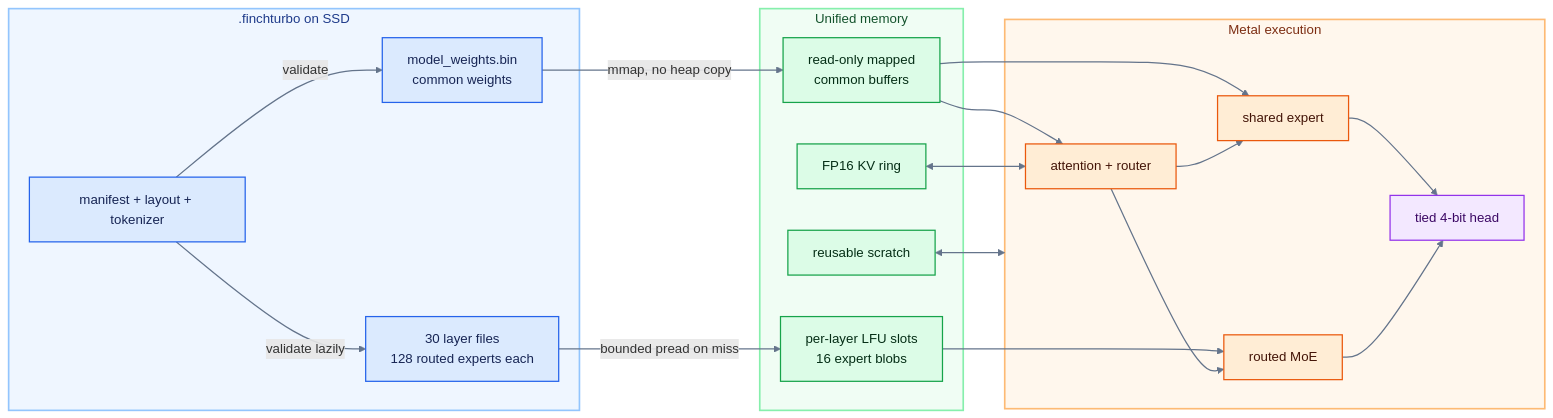
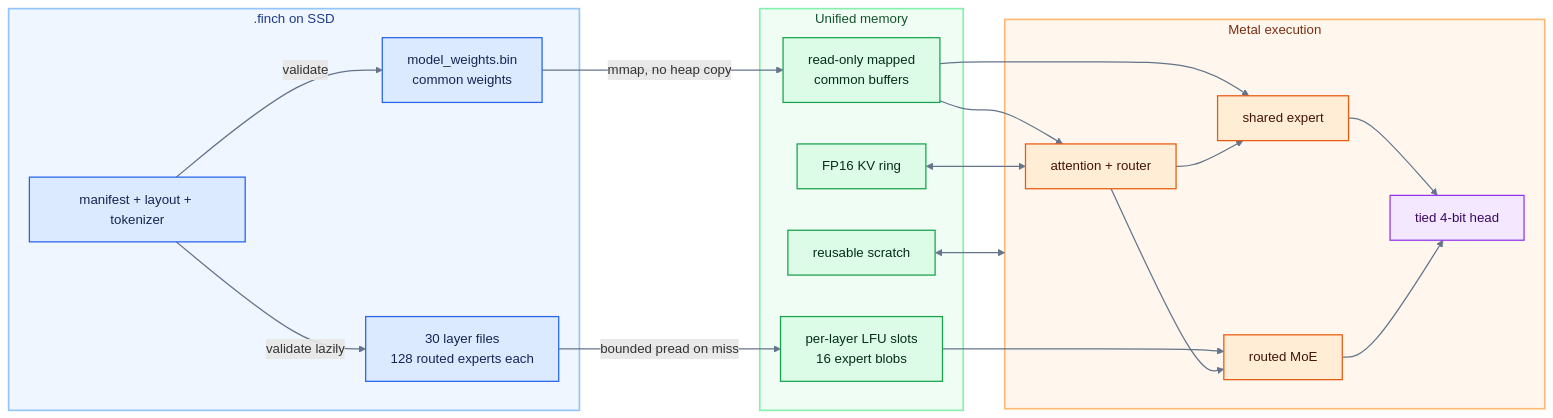
The first of 2 diagrams in docs/SYSTEM_DESIGN.md (haihengh/finchMoE), drawn with Mermaid before and after one commit. The commit also changed other lines of this file and 76 other files, not shown here.

First line of the commit message:
Rename on-disk model format from .finchturbo to .finch

````diff
--- a/docs/SYSTEM_DESIGN.md
+++ b/docs/SYSTEM_DESIGN.md
@@ -198,50 +198,50 @@
 ```mermaid
 flowchart LR
-    subgraph Disk[".finchturbo on SSD"]
+    subgraph Disk[".finch on SSD"]
         MW["model_weights.bin\ncommon weights"]
         LF["30 layer files\n128 routed experts each"]
         MF["manifest + layout + tokenizer"]
     end
 
     subgraph Memory["Unified memory"]
         RB["read-only mapped\ncommon buffers"]
         EC["per-layer LFU slots\n16 expert blobs"]
         KV["FP16 KV ring"]
         WS["reusable scratch"]
     end
 
     subgraph GPU["Metal execution"]
         AT["attention + router"]
         SE["shared expert"]
         RE["routed MoE"]
         HD["tied 4-bit head"]
     end
 
     MF -->|validate| MW
     MF -->|validate lazily| LF
     MW -->|mmap, no heap copy| RB
     LF -->|bounded pread on miss| EC
     RB --> AT
     RB --> SE
     EC --> RE
     KV <--> AT
     WS <--> GPU
     AT --> SE
     AT --> RE
     SE --> HD
     RE --> HD
 
     classDef disk fill:#DBEAFE,stroke:#2563EB,color:#172554,stroke-width:1.5px;
     classDef memory fill:#DCFCE7,stroke:#16A34A,color:#052E16,stroke-width:1.5px;
     classDef compute fill:#FFEDD5,stroke:#EA580C,color:#431407,stroke-width:1.5px;
     classDef output fill:#F3E8FF,stroke:#9333EA,color:#3B0764,stroke-width:1.5px;
     class MF,MW,LF disk;
     class RB,KV,EC,WS memory;
     class AT,SE,RE compute;
     class HD output;
 
     style Disk fill:#EFF6FF,stroke:#93C5FD,color:#1E3A8A,stroke-width:2px
     style Memory fill:#F0FDF4,stroke:#86EFAC,color:#14532D,stroke-width:2px
     style GPU fill:#FFF7ED,stroke:#FDBA74,color:#7C2D12,stroke-width:2px
     linkStyle default stroke:#64748B,stroke-width:1.5px
 ```
````
